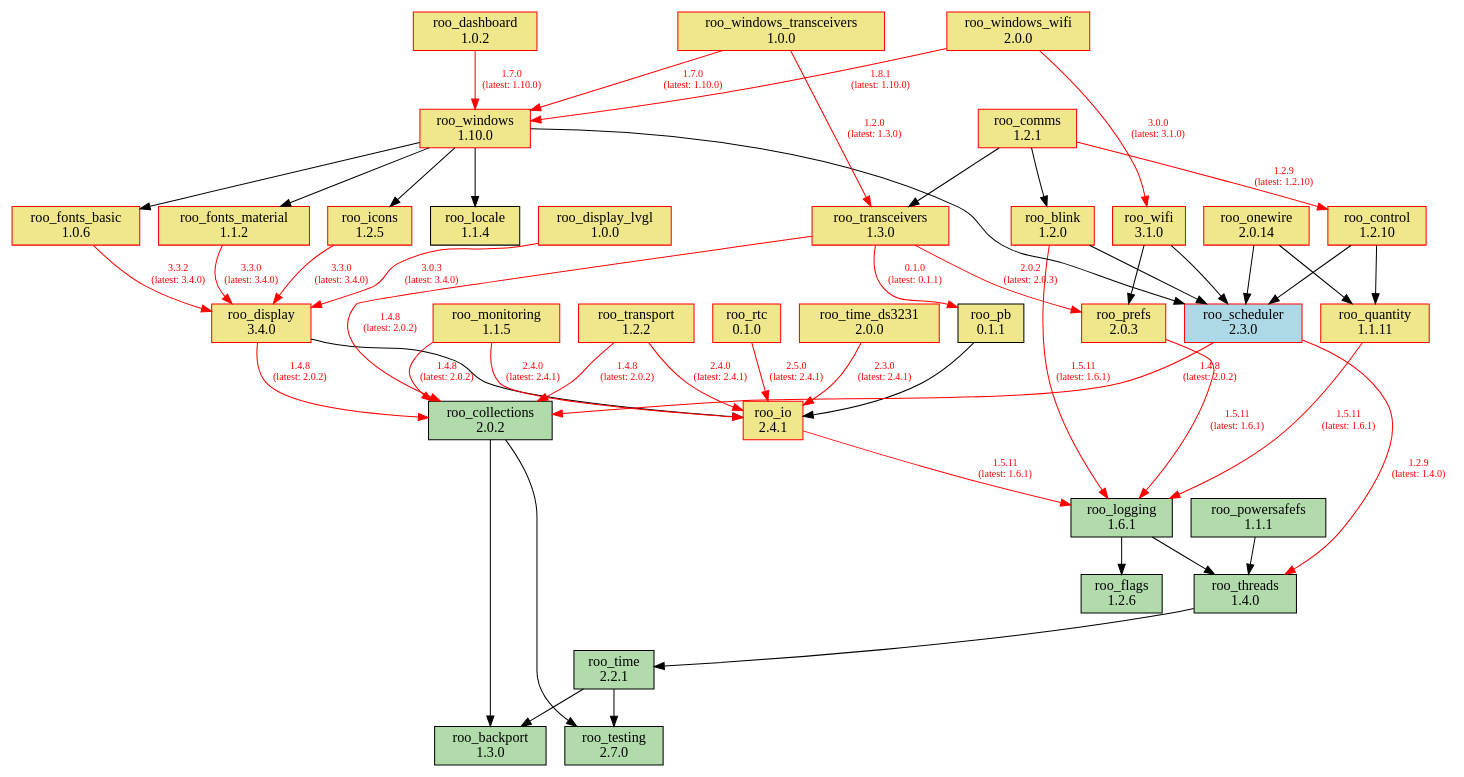
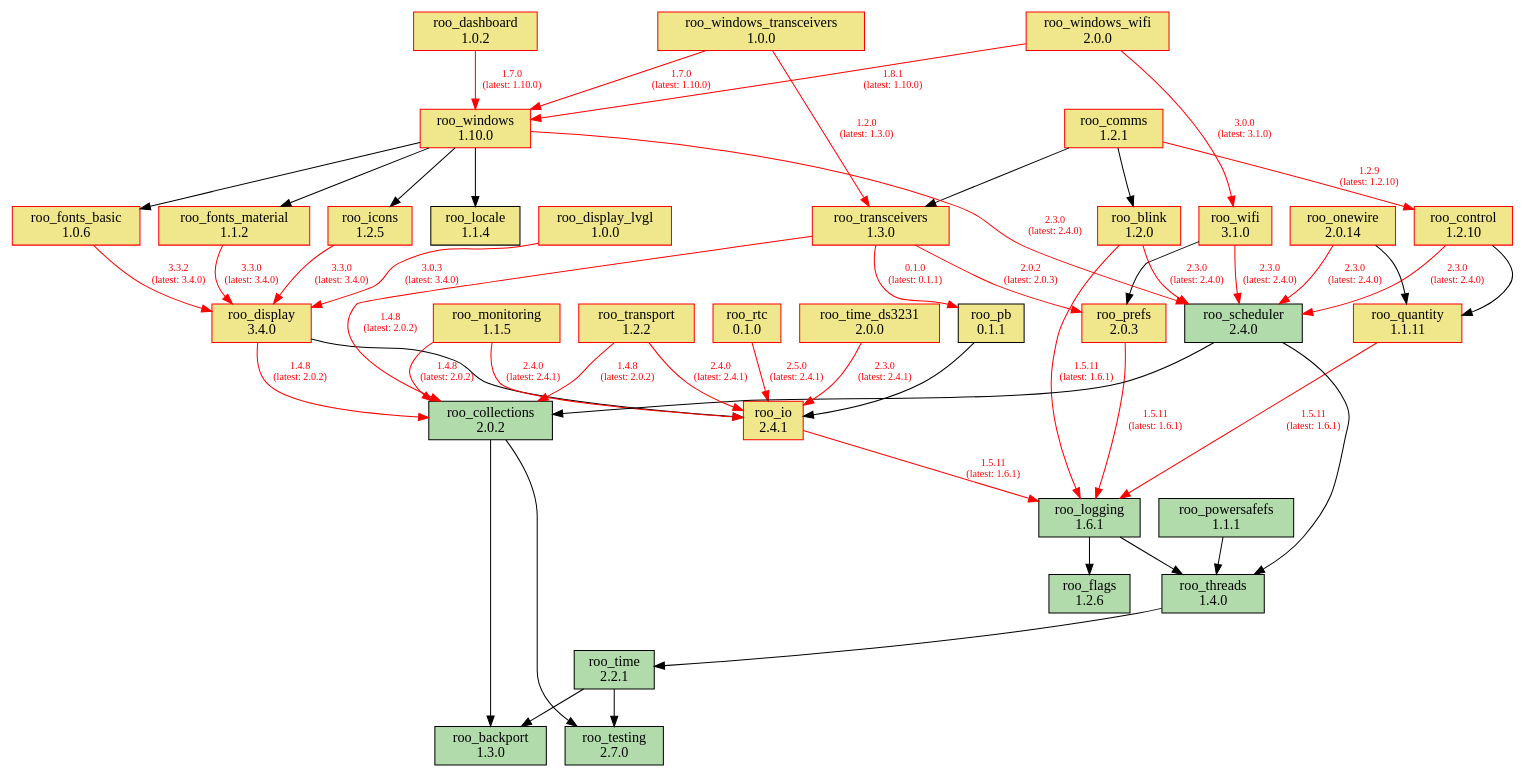
One commit to dejwk/roo-registry changed the diagram in doc/dependencies.dot. Above: the diagram before and after it, drawn with Graphviz. The commit also changed 3 other files, not shown here.

Commit message:
Added roo_scheduler 2.4.0 to the registry.

```diff
--- a/doc/dependencies.dot
+++ b/doc/dependencies.dot
@@ -1,92 +1,92 @@
 digraph dependencies {
     rankdir=TB;
     node [shape=box, style=filled];
     edge [fontsize=10];
 
     // Modules
     "roo_backport" [label="roo_backport\n1.3.0", fillcolor="#b1dbab", color="black"];
     "roo_blink" [label="roo_blink\n1.2.0", fillcolor="khaki", color="red"];
     "roo_collections" [label="roo_collections\n2.0.2", fillcolor="#b1dbab", color="black"];
     "roo_comms" [label="roo_comms\n1.2.1", fillcolor="khaki", color="red"];
     "roo_control" [label="roo_control\n1.2.10", fillcolor="khaki", color="red"];
     "roo_dashboard" [label="roo_dashboard\n1.0.2", fillcolor="khaki", color="red"];
     "roo_display" [label="roo_display\n3.4.0", fillcolor="khaki", color="red"];
     "roo_display_lvgl" [label="roo_display_lvgl\n1.0.0", fillcolor="khaki", color="red"];
     "roo_flags" [label="roo_flags\n1.2.6", fillcolor="#b1dbab", color="black"];
     "roo_fonts_basic" [label="roo_fonts_basic\n1.0.6", fillcolor="khaki", color="red"];
     "roo_fonts_material" [label="roo_fonts_material\n1.1.2", fillcolor="khaki", color="red"];
     "roo_icons" [label="roo_icons\n1.2.5", fillcolor="khaki", color="red"];
     "roo_io" [label="roo_io\n2.4.1", fillcolor="khaki", color="red"];
     "roo_locale" [label="roo_locale\n1.1.4", fillcolor="khaki", color="black"];
     "roo_logging" [label="roo_logging\n1.6.1", fillcolor="#b1dbab", color="black"];
     "roo_monitoring" [label="roo_monitoring\n1.1.5", fillcolor="khaki", color="red"];
     "roo_onewire" [label="roo_onewire\n2.0.14", fillcolor="khaki", color="red"];
     "roo_pb" [label="roo_pb\n0.1.1", fillcolor="khaki", color="black"];
     "roo_powersafefs" [label="roo_powersafefs\n1.1.1", fillcolor="#b1dbab", color="black"];
     "roo_prefs" [label="roo_prefs\n2.0.3", fillcolor="khaki", color="red"];
     "roo_quantity" [label="roo_quantity\n1.1.11", fillcolor="khaki", color="red"];
     "roo_rtc" [label="roo_rtc\n0.1.0", fillcolor="khaki", color="red"];
-    "roo_scheduler" [label="roo_scheduler\n2.3.0", fillcolor="lightblue", color="red"];
+    "roo_scheduler" [label="roo_scheduler\n2.4.0", fillcolor="#b1dbab", color="black"];
     "roo_testing" [label="roo_testing\n2.7.0", fillcolor="#b1dbab", color="black"];
     "roo_threads" [label="roo_threads\n1.4.0", fillcolor="#b1dbab", color="black"];
     "roo_time" [label="roo_time\n2.2.1", fillcolor="#b1dbab", color="black"];
     "roo_time_ds3231" [label="roo_time_ds3231\n2.0.0", fillcolor="khaki", color="red"];
     "roo_transceivers" [label="roo_transceivers\n1.3.0", fillcolor="khaki", color="red"];
     "roo_transport" [label="roo_transport\n1.2.2", fillcolor="khaki", color="red"];
     "roo_wifi" [label="roo_wifi\n3.1.0", fillcolor="khaki", color="red"];
     "roo_windows" [label="roo_windows\n1.10.0", fillcolor="khaki", color="red"];
     "roo_windows_transceivers" [label="roo_windows_transceivers\n1.0.0", fillcolor="khaki", color="red"];
     "roo_windows_wifi" [label="roo_windows_wifi\n2.0.0", fillcolor="khaki", color="red"];
 
     // Dependencies
     "roo_blink" -> "roo_logging" [color=red, fontcolor=red, label="1.5.11\n(latest: 1.6.1)"];
-    "roo_blink" -> "roo_scheduler";
+    "roo_blink" -> "roo_scheduler" [color=red, fontcolor=red, label="2.3.0\n(latest: 2.4.0)"];
     "roo_collections" -> "roo_testing";
     "roo_collections" -> "roo_backport";
     "roo_comms" -> "roo_blink";
     "roo_comms" -> "roo_control" [color=red, fontcolor=red, label="1.2.9\n(latest: 1.2.10)"];
     "roo_comms" -> "roo_transceivers";
     "roo_control" -> "roo_quantity";
-    "roo_control" -> "roo_scheduler";
+    "roo_control" -> "roo_scheduler" [color=red, fontcolor=red, label="2.3.0\n(latest: 2.4.0)"];
     "roo_dashboard" -> "roo_windows" [color=red, fontcolor=red, label="1.7.0\n(latest: 1.10.0)"];
     "roo_display" -> "roo_collections" [color=red, fontcolor=red, label="1.4.8\n(latest: 2.0.2)"];
     "roo_display" -> "roo_io";
     "roo_display_lvgl" -> "roo_display" [color=red, fontcolor=red, label="3.0.3\n(latest: 3.4.0)"];
     "roo_fonts_basic" -> "roo_display" [color=red, fontcolor=red, label="3.3.2\n(latest: 3.4.0)"];
     "roo_fonts_material" -> "roo_display" [color=red, fontcolor=red, label="3.3.0\n(latest: 3.4.0)"];
     "roo_icons" -> "roo_display" [color=red, fontcolor=red, label="3.3.0\n(latest: 3.4.0)"];
     "roo_io" -> "roo_logging" [color=red, fontcolor=red, label="1.5.11\n(latest: 1.6.1)"];
     "roo_logging" -> "roo_flags";
     "roo_logging" -> "roo_threads";
     "roo_monitoring" -> "roo_collections" [color=red, fontcolor=red, label="1.4.8\n(latest: 2.0.2)"];
     "roo_monitoring" -> "roo_io" [color=red, fontcolor=red, label="2.4.0\n(latest: 2.4.1)"];
-    "roo_onewire" -> "roo_scheduler";
+    "roo_onewire" -> "roo_scheduler" [color=red, fontcolor=red, label="2.3.0\n(latest: 2.4.0)"];
     "roo_onewire" -> "roo_quantity";
     "roo_pb" -> "roo_io";
     "roo_powersafefs" -> "roo_threads";
     "roo_prefs" -> "roo_logging" [color=red, fontcolor=red, label="1.5.11\n(latest: 1.6.1)"];
     "roo_quantity" -> "roo_logging" [color=red, fontcolor=red, label="1.5.11\n(latest: 1.6.1)"];
     "roo_rtc" -> "roo_io" [color=red, fontcolor=red, label="2.5.0\n(latest: 2.4.1)"];
-    "roo_scheduler" -> "roo_collections" [color=red, fontcolor=red, label="1.4.8\n(latest: 2.0.2)"];
-    "roo_scheduler" -> "roo_threads" [color=red, fontcolor=red, label="1.2.9\n(latest: 1.4.0)"];
+    "roo_scheduler" -> "roo_collections";
+    "roo_scheduler" -> "roo_threads";
     "roo_threads" -> "roo_time";
     "roo_time" -> "roo_testing";
     "roo_time" -> "roo_backport";
     "roo_time_ds3231" -> "roo_io" [color=red, fontcolor=red, label="2.3.0\n(latest: 2.4.1)"];
     "roo_transceivers" -> "roo_pb" [color=red, fontcolor=red, label="0.1.0\n(latest: 0.1.1)"];
     "roo_transceivers" -> "roo_collections" [color=red, fontcolor=red, label="1.4.8\n(latest: 2.0.2)"];
     "roo_transceivers" -> "roo_prefs" [color=red, fontcolor=red, label="2.0.2\n(latest: 2.0.3)"];
     "roo_transport" -> "roo_collections" [color=red, fontcolor=red, label="1.4.8\n(latest: 2.0.2)"];
     "roo_transport" -> "roo_io" [color=red, fontcolor=red, label="2.4.0\n(latest: 2.4.1)"];
     "roo_wifi" -> "roo_prefs";
-    "roo_wifi" -> "roo_scheduler";
+    "roo_wifi" -> "roo_scheduler" [color=red, fontcolor=red, label="2.3.0\n(latest: 2.4.0)"];
     "roo_windows" -> "roo_fonts_basic";
     "roo_windows" -> "roo_fonts_material";
     "roo_windows" -> "roo_locale";
     "roo_windows" -> "roo_icons";
-    "roo_windows" -> "roo_scheduler";
+    "roo_windows" -> "roo_scheduler" [color=red, fontcolor=red, label="2.3.0\n(latest: 2.4.0)"];
     "roo_windows_transceivers" -> "roo_transceivers" [color=red, fontcolor=red, label="1.2.0\n(latest: 1.3.0)"];
     "roo_windows_transceivers" -> "roo_windows" [color=red, fontcolor=red, label="1.7.0\n(latest: 1.10.0)"];
     "roo_windows_wifi" -> "roo_wifi" [color=red, fontcolor=red, label="3.0.0\n(latest: 3.1.0)"];
     "roo_windows_wifi" -> "roo_windows" [color=red, fontcolor=red, label="1.8.1\n(latest: 1.10.0)"];
 }
```
